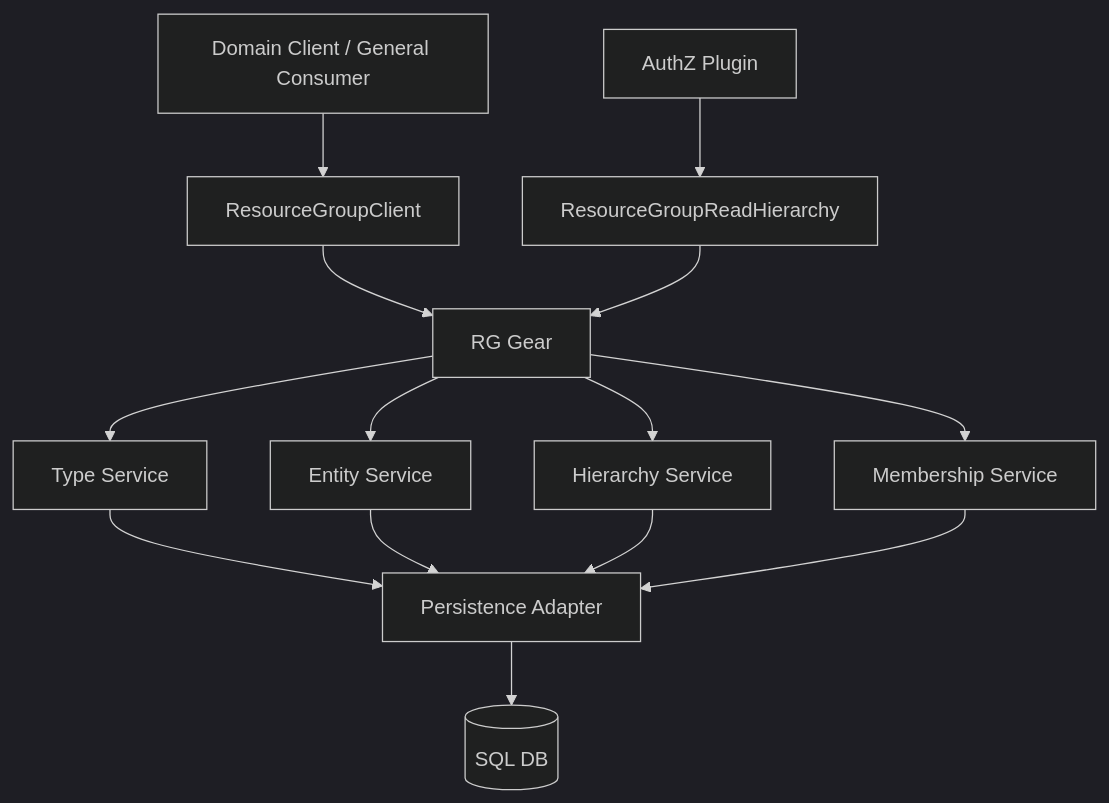
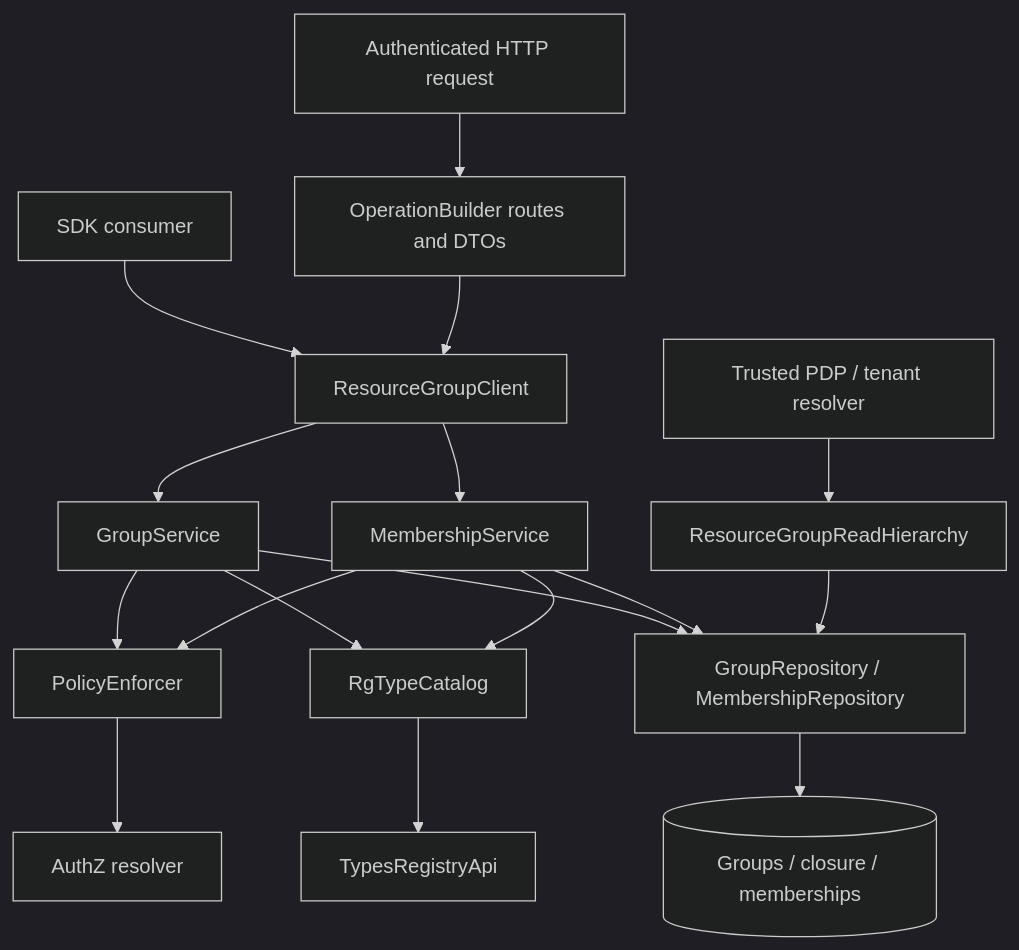
Before and after one commit to constructorfabric/gears-rust: the first of 2 diagrams in gears/system/resource-group/docs/DESIGN.md, drawn with Mermaid (dark theme). The commit also changed other lines of this file and 126 other files, not shown here.

First line of the commit message:
feat(resource-group)!: use Types Registry for type definitions

````diff
--- a/gears/system/resource-group/docs/DESIGN.md
+++ b/gears/system/resource-group/docs/DESIGN.md
@@ -321,16 +107,19 @@
 ```mermaid
-graph TD
-    A[Domain Client / General Consumer] --> B[ResourceGroupClient]
-    X[AuthZ Plugin] --> Z[ResourceGroupReadHierarchy]
-    B --> D[RG Gear]
-    Z --> D
-    D --> E[Type Service]
-    D --> F[Entity Service]
-    D --> G[Hierarchy Service]
-    D --> H[Membership Service]
-    E --> I[Persistence Adapter]
-    F --> I
-    G --> I
-    H --> I
-    I --> J[(SQL DB)]
+flowchart TD
+    HTTP[Authenticated HTTP request] --> REST[OperationBuilder routes and DTOs]
+    Client[SDK consumer] --> Full[ResourceGroupClient]
+    REST --> Full
+    Full --> Groups[GroupService]
+    Full --> Members[MembershipService]
+    Groups --> PEP[PolicyEnforcer]
+    Members --> PEP
+    PEP --> AuthZ[AuthZ resolver]
+    Groups --> Catalog[RgTypeCatalog]
+    Members --> Catalog
+    Catalog --> Registry[TypesRegistryApi]
+    Groups --> Repos[GroupRepository / MembershipRepository]
+    Members --> Repos
+    Repos --> DB[(Groups / closure / memberships)]
+    Trusted[Trusted PDP / tenant resolver] --> Read[ResourceGroupReadHierarchy]
+    Read --> Repos
 ```
````
